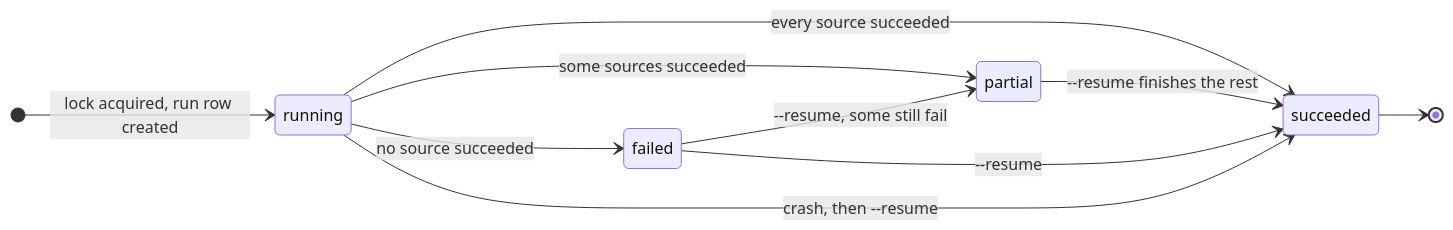
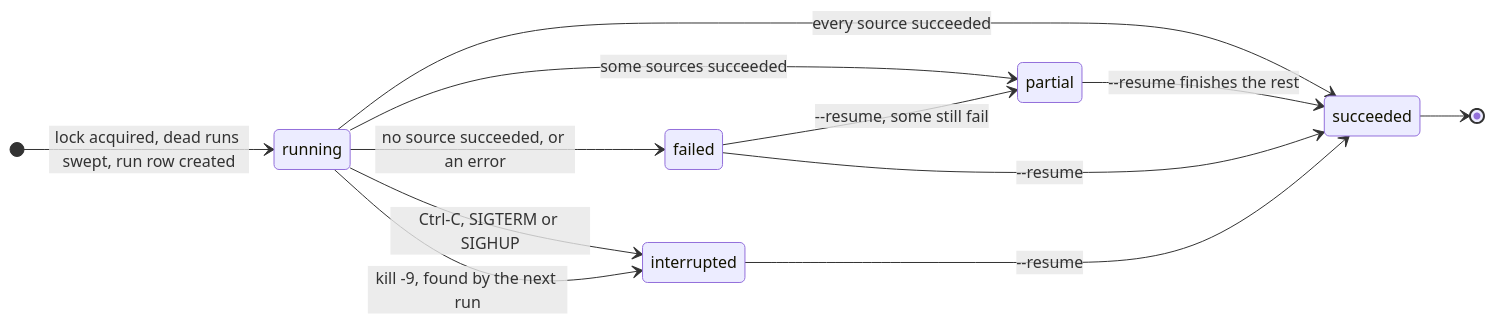
Before and after one commit to nachhh/jobradar: the second of 5 diagrams in docs/diagrams/state-machines.md, drawn with Mermaid. The commit also changed other lines of this file and 13 other files, not shown here.

First line of the commit message:
[jobradar][p2][s7] Record interrupted runs: signal handling, ledger guard, dead-run sweep

````diff
--- a/docs/diagrams/state-machines.md
+++ b/docs/diagrams/state-machines.md
@@ -36,13 +36,15 @@
 ```mermaid
 stateDiagram-v2
     direction LR
-    [*] --> running : lock acquired, run row created
+    [*] --> running : lock acquired, dead runs swept, run row created
     running --> succeeded : every source succeeded
     running --> partial : some sources succeeded
-    running --> failed : no source succeeded
+    running --> failed : no source succeeded, or an error
+    running --> interrupted : Ctrl-C, SIGTERM or SIGHUP
+    running --> interrupted : kill -9, found by the next run
     partial --> succeeded : --resume finishes the rest
     failed --> succeeded : --resume
     failed --> partial : --resume, some still fail
-    running --> succeeded : crash, then --resume
+    interrupted --> succeeded : --resume
     succeeded --> [*]
 ```
````
